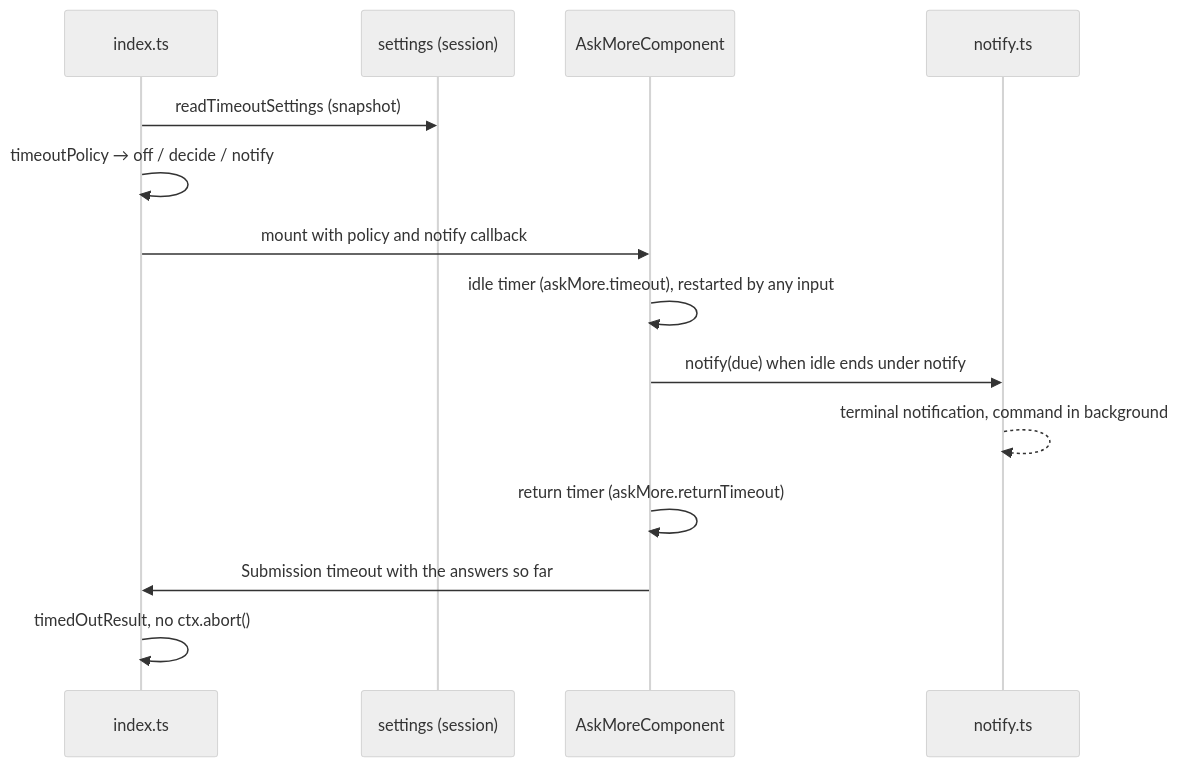
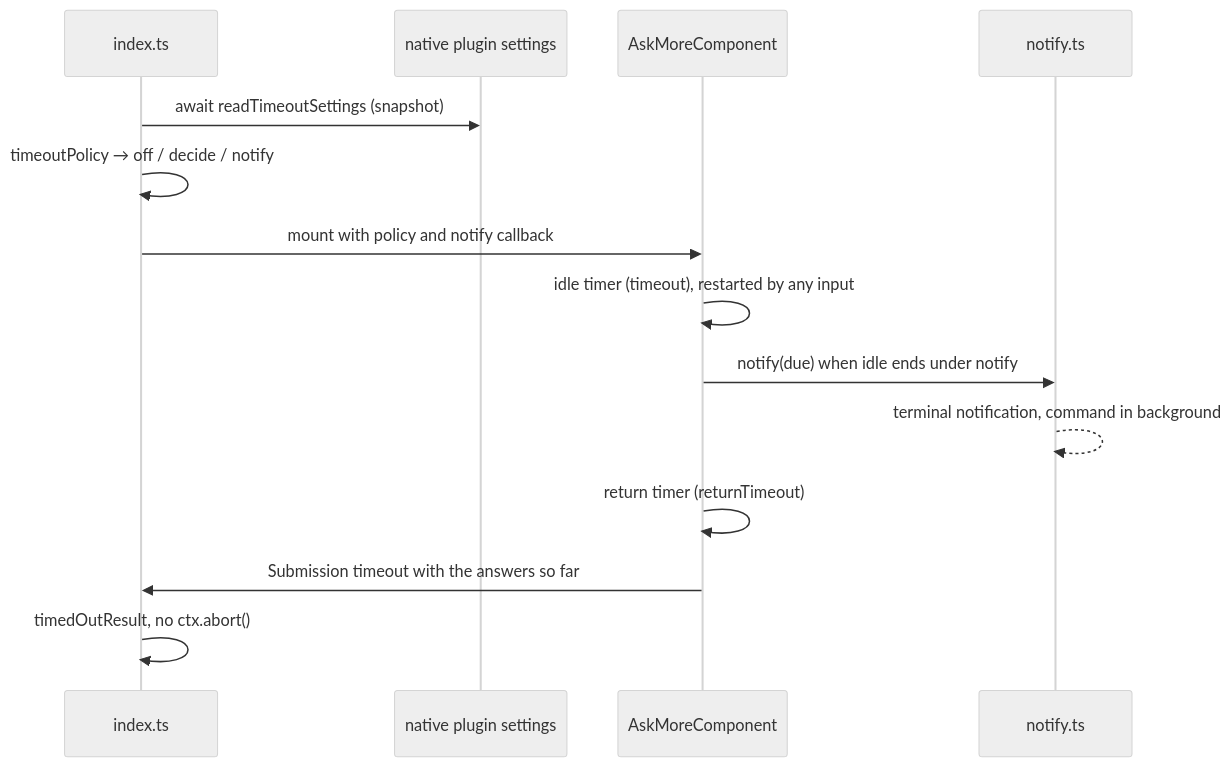
The second of 2 diagrams in docs/design.md (oh-my-omp/omp-ask-more), drawn with Mermaid (neutral theme) before and after one commit. The commit also changed other lines of this file and 13 other files, not shown here.

Commit message:
fix: publish ask topics and native plugin settings

````diff
--- a/docs/design.md
+++ b/docs/design.md
@@ -120,16 +120,16 @@
 ```mermaid
 sequenceDiagram
   participant I as index.ts
-  participant S as settings (session)
+  participant S as native plugin settings
   participant C as AskMoreComponent
   participant N as notify.ts
-  I->>S: readTimeoutSettings (snapshot)
+  I->>S: await readTimeoutSettings (snapshot)
   I->>I: timeoutPolicy → off / decide / notify
   I->>C: mount with policy and notify callback
-  C->>C: idle timer (askMore.timeout), restarted by any input
+  C->>C: idle timer (timeout), restarted by any input
   C->>N: notify(due) when idle ends under notify
   N-->>N: terminal notification, command in background
-  C->>C: return timer (askMore.returnTimeout)
+  C->>C: return timer (returnTimeout)
   C->>I: Submission timeout with the answers so far
   I->>I: timedOutResult, no ctx.abort()
 ```
````
